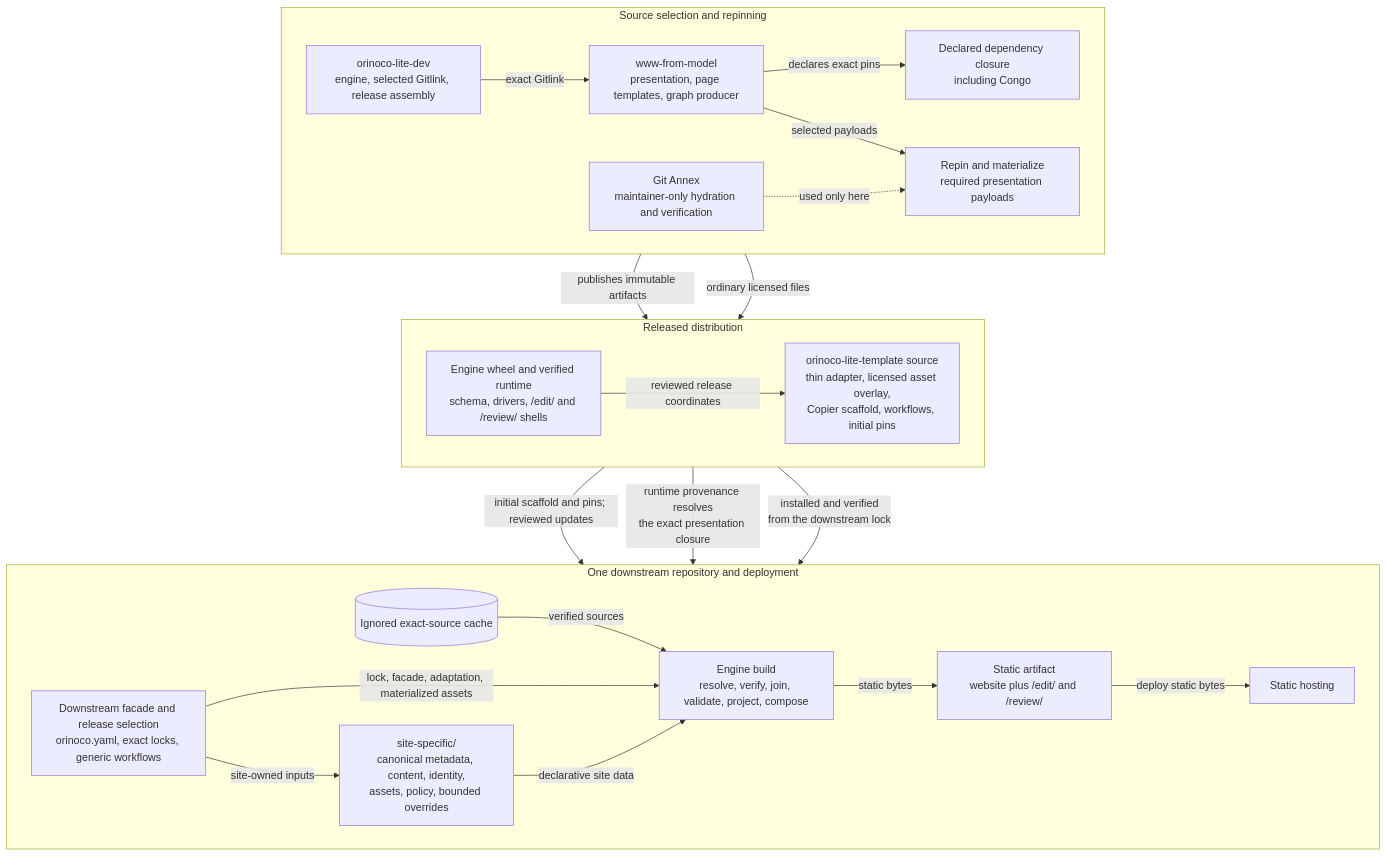
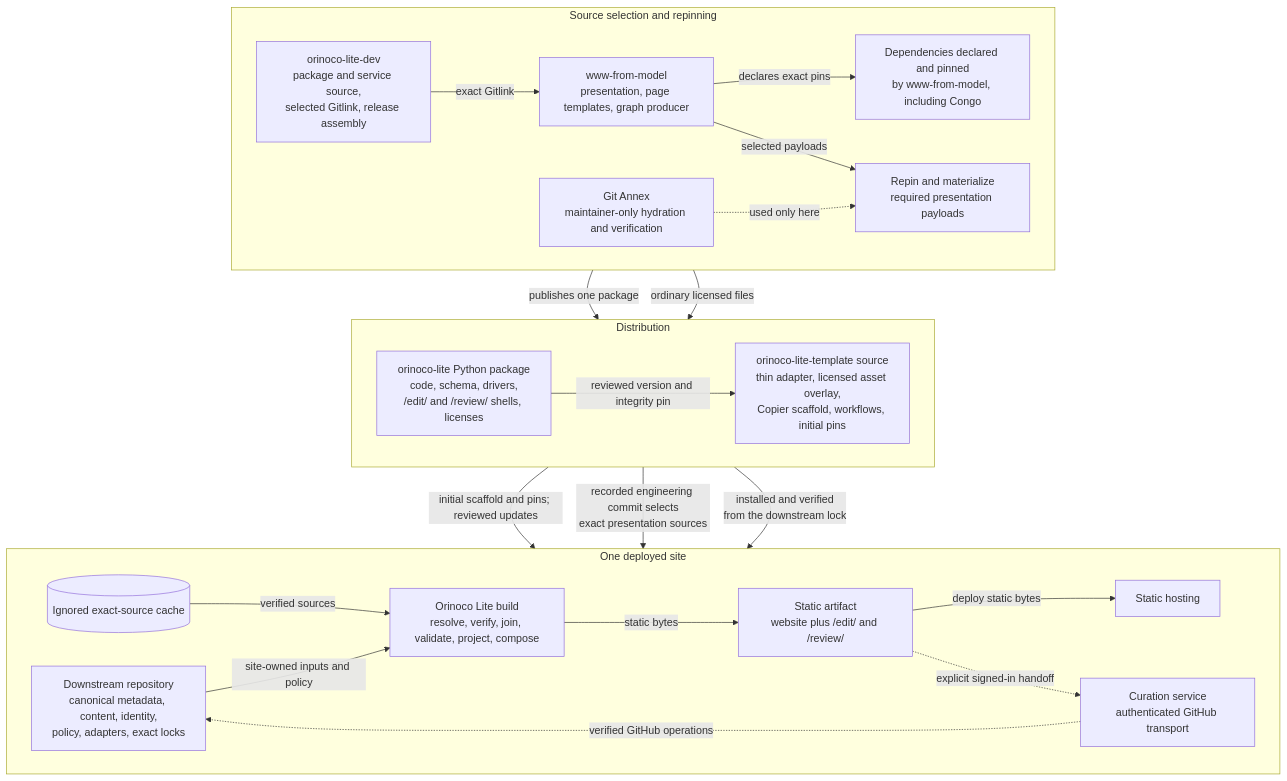
The first of 2 diagrams in docs/project-design.md (ORINOCO-Lite/orinoco-lite-dev), drawn with Mermaid before and after one commit. The commit also changed other lines of this file, not shown here.

````diff
--- a/docs/project-design.md
+++ b/docs/project-design.md
@@ -50,55 +63,55 @@
 ```mermaid
 flowchart TB
   subgraph maintenance["Source selection and repinning"]
     direction LR
-    engineering["orinoco-lite-dev<br/>engine, selected Gitlink, release assembly"]
+    engineering["orinoco-lite-dev<br/>package and service source,<br/>selected Gitlink, release assembly"]
     upstream["www-from-model<br/>presentation, page templates, graph producer"]
-    dependencies["Declared dependency closure<br/>including Congo"]
+    dependencies["Dependencies declared and pinned<br/>by www-from-model, including Congo"]
     annex["Git Annex<br/>maintainer-only hydration and verification"]
     repin["Repin and materialize<br/>required presentation payloads"]
 
     engineering -->|"exact Gitlink"| upstream
     upstream -->|"declares exact pins"| dependencies
     upstream -->|"selected payloads"| repin
     annex -.->|"used only here"| repin
   end
 
-  subgraph distribution["Released distribution"]
+  subgraph distribution["Distribution"]
     direction LR
-    release["Engine wheel and verified runtime<br/>schema, drivers, /edit/ and /review/ shells"]
+    package["orinoco-lite Python package<br/>code, schema, drivers,<br/>/edit/ and /review/ shells, licenses"]
     template["orinoco-lite-template source<br/>thin adapter, licensed asset overlay,<br/>Copier scaffold, workflows, initial pins"]
 
-    engineering -->|"publishes immutable artifacts"| release
+    engineering -->|"publishes one package"| package
     repin -->|"ordinary licensed files"| template
-    release -->|"reviewed release coordinates"| template
+    package -->|"reviewed version and integrity pin"| template
   end
 
-  subgraph downstream["One downstream repository and deployment"]
+  subgraph downstream["One deployed site"]
     direction LR
-    repository["Downstream facade and release selection<br/>orinoco.yaml, exact locks, generic workflows"]
-    inputs["site-specific/<br/>canonical metadata, content, identity,<br/>assets, policy, bounded overrides"]
+    repository["Downstream repository<br/>canonical metadata, content, identity,<br/>policy, adapters, exact locks"]
     cache[("Ignored exact-source cache")]
-    build["Engine build<br/>resolve, verify, join, validate, project, compose"]
+    build["Orinoco Lite build<br/>resolve, verify, join, validate, project, compose"]
     artifact["Static artifact<br/>website plus /edit/ and /review/"]
+    service["Curation service<br/>authenticated GitHub transport"]
     host["Static hosting"]
 
     template -->|"initial scaffold and pins; reviewed updates"| repository
-    repository -->|"site-owned inputs"| inputs
-    release -->|"runtime provenance resolves<br/>the exact presentation closure"| cache
-    release -->|"installed and verified<br/>from the downstream lock"| build
+    package -->|"recorded engineering commit selects<br/>exact presentation sources"| cache
+    package -->|"installed and verified<br/>from the downstream lock"| build
     cache -->|"verified sources"| build
-    repository -->|"lock, facade, adaptation, materialized assets"| build
-    inputs -->|"declarative site data"| build
+    repository -->|"site-owned inputs and policy"| build
     build -->|"static bytes"| artifact
     artifact -->|"deploy static bytes"| host
+    artifact -.->|"explicit signed-in handoff"| service
+    service -.->|"verified GitHub operations"| repository
   end
 
   click engineering "https://github.com/ORINOCO-Lite/orinoco-lite-dev" "Open the engineering repository"
   click upstream "https://github.com/ORINOCO-Lite/www-from-model" "Open the presentation source"
   click dependencies "https://github.com/ORINOCO-Lite/congo" "Open the selected theme repository"
   click annex "https://git-annex.branchable.com/" "Open Git Annex"
   click repin "https://github.com/ORINOCO-Lite/orinoco-lite-dev/blob/main/tools/materialize_presentation_assets.py" "Open the repinning tool"
-  click release "https://github.com/ORINOCO-Lite/orinoco-lite-dev/tree/main/packages/orinoco-lite" "Open the engine package"
+  click package "https://github.com/ORINOCO-Lite/orinoco-lite-dev/tree/main/packages/orinoco-lite" "Open the Orinoco Lite package"
   click template "https://github.com/ORINOCO-Lite/orinoco-lite-template/tree/main" "Open the template source"
   click repository "https://github.com/ORINOCO-Lite/test-orinoco-downstream-website" "Open the human-gated reference downstream"
 ```
````
